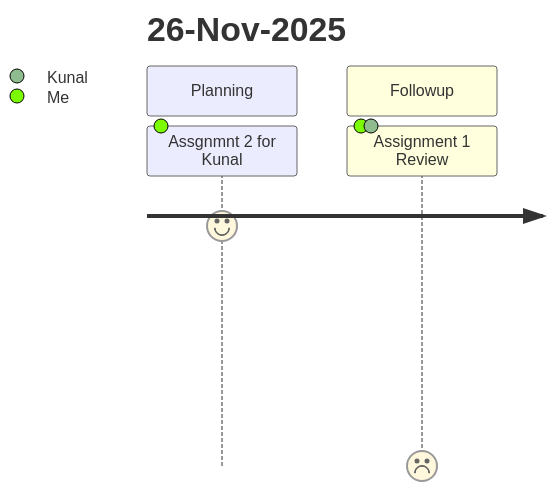
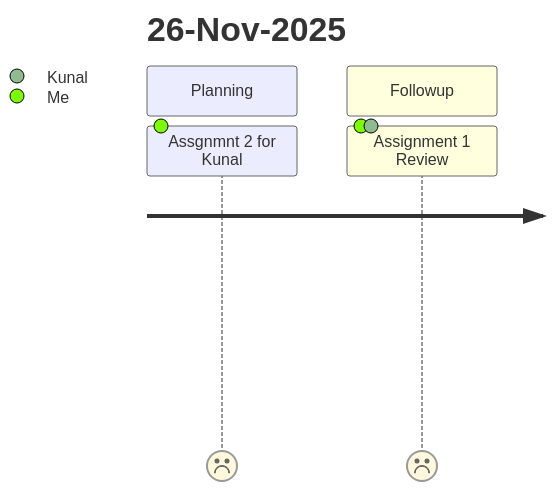
Before and after one commit to prakash-dale/prakash-dale.github.io: the fourth of 4 diagrams in README.md, drawn with Mermaid. The commit also changed other lines of this file and 6 other files, not shown here.

````diff
--- a/README.md
+++ b/README.md
@@ -59,10 +74,10 @@
 ```mermaid
 journey
     title 26-Nov-2025
     section Planning
-        Assgnmnt 2 for Kunal: 8: Me
+        Assgnmnt 2 for Kunal: 0: Me
     section Followup
         Assignment 1 Review: 0: Me, Kunal
         
     
 ```
````
